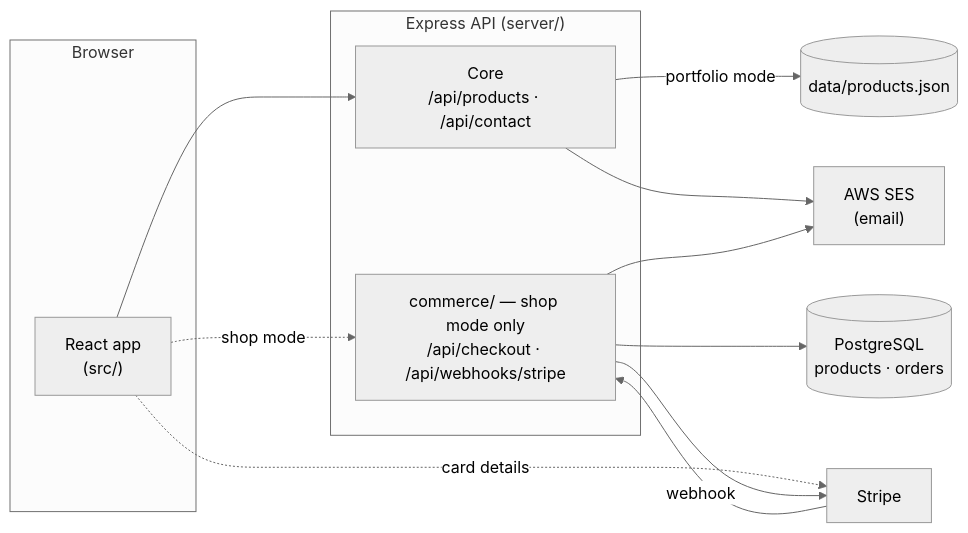
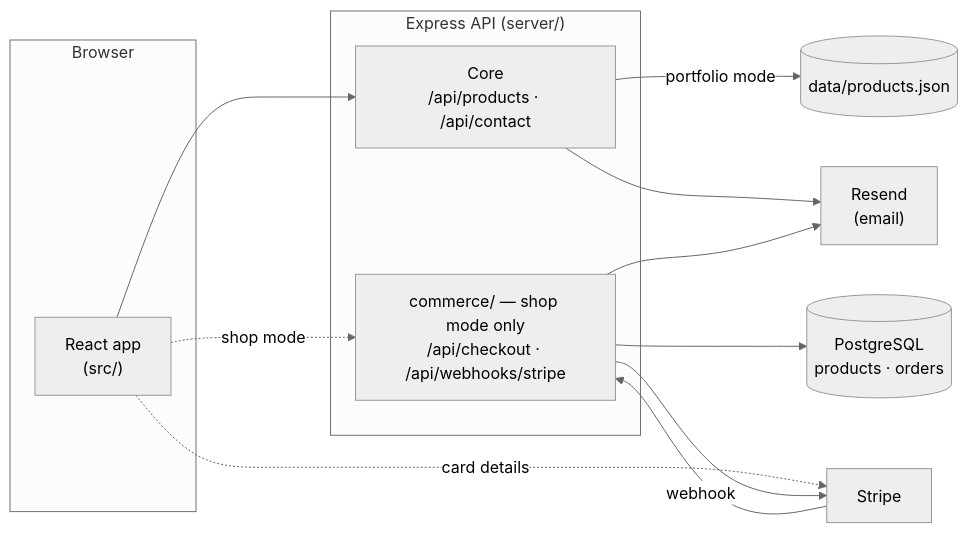
One commit to parshanMG/art_ecommerce changed the diagram in README.md. Above: the diagram before and after it, drawn with Mermaid (neutral theme). The commit also changed other lines of this file and 10 other files, not shown here.

First line of the commit message:
Feature/resend email (#5)

````diff
--- a/README.md
+++ b/README.md
@@ -23,26 +23,26 @@
 ```mermaid
 flowchart LR
   subgraph Browser
     SPA["React app<br/>(src/)"]
   end
 
   subgraph Server["Express API (server/)"]
     Core["Core<br/>/api/products · /api/contact"]
     Commerce["commerce/ — shop mode only<br/>/api/checkout · /api/webhooks/stripe"]
   end
 
   Catalog[("data/products.json")]
-  SES["AWS SES<br/>(email)"]
+  Email["Resend<br/>(email)"]
   PG[("PostgreSQL<br/>products · orders")]
   Stripe["Stripe"]
 
   SPA --> Core
   SPA -. shop mode .-> Commerce
   SPA -. card details .-> Stripe
   Core -- portfolio mode --> Catalog
-  Core --> SES
+  Core --> Email
   Commerce --> PG
   Commerce --> Stripe
   Stripe -- webhook --> Commerce
-  Commerce --> SES
+  Commerce --> Email
 ```
````
